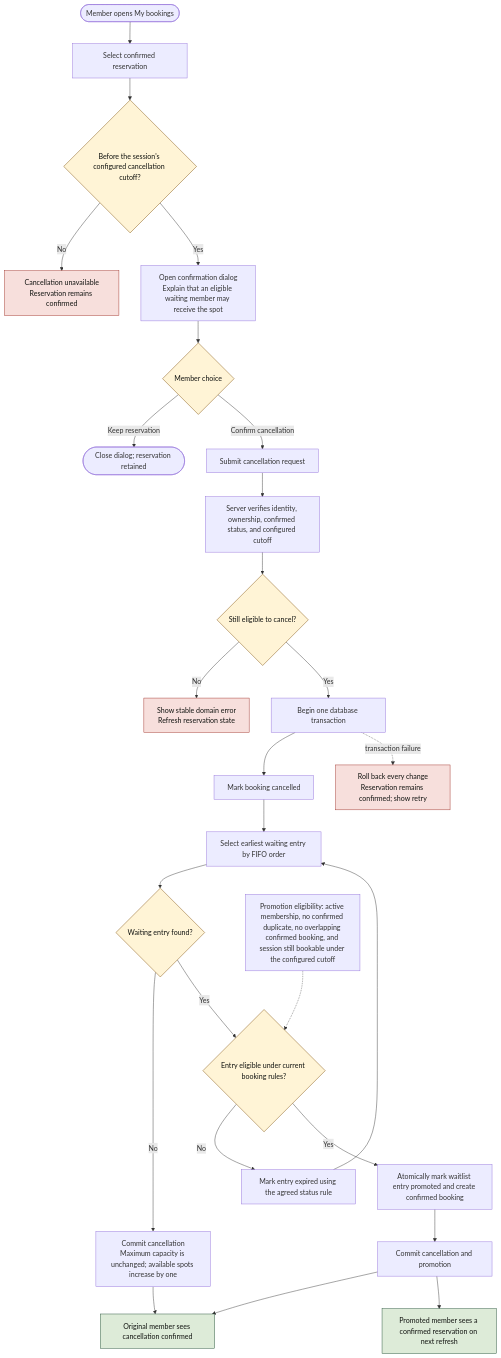
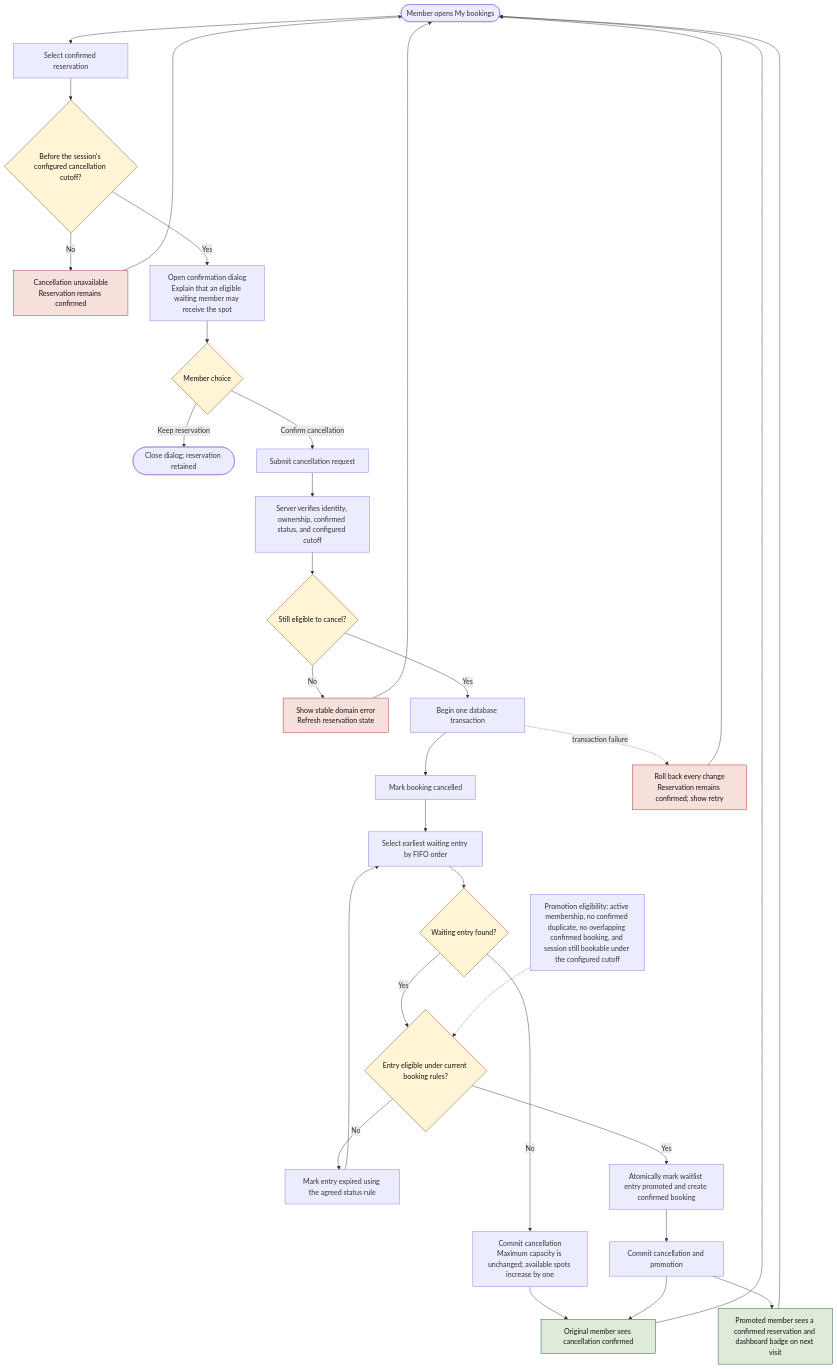
The diagram in docs/design/user-flow-cancellation.mmd (AqueosHeart/fitops), drawn with Mermaid before and after one commit. The commit also changed 35 other files, not shown here.

Commit message:
better diagraming and wireframe

```diff
--- a/docs/design/user-flow-cancellation.mmd
+++ b/docs/design/user-flow-cancellation.mmd
@@ -1,37 +1,37 @@
 flowchart TD
     classDef success fill:#DDEBD8,stroke:#1F4D32,color:#111310;
     classDef error fill:#F7DFDC,stroke:#9E2E25,color:#111310;
     classDef decision fill:#FFF4D6,stroke:#7A4B00,color:#111310;
 
     Start([Member opens My bookings]) --> Select[Select confirmed reservation]
     Select --> CutoffDisplay{Before the session's configured cancellation cutoff?}
-    CutoffDisplay -- No --> Locked["Cancellation unavailable<br/>Reservation remains confirmed"]:::error
+    CutoffDisplay -- No --> Locked["Cancellation unavailable<br/>Reservation remains confirmed"]:::error --> Start
     CutoffDisplay -- Yes --> Dialog["Open confirmation dialog<br/>Explain that an eligible waiting member may receive the spot"]
     Dialog --> Choice{Member choice}
     Choice -- Keep reservation --> Retain([Close dialog; reservation retained])
     Choice -- Confirm cancellation --> Submit[Submit cancellation request]
 
     Submit --> Validate["Server verifies identity, ownership, confirmed status, and configured cutoff"]
     Validate --> Valid{Still eligible to cancel?}
-    Valid -- No --> Rejected["Show stable domain error<br/>Refresh reservation state"]:::error
+    Valid -- No --> Rejected["Show stable domain error<br/>Refresh reservation state"]:::error --> Start
     Valid -- Yes --> Transaction[Begin one database transaction]
     Transaction --> CancelBooking[Mark booking cancelled]
     CancelBooking --> NextEntry[Select earliest waiting entry by FIFO order]
     NextEntry --> Queue{Waiting entry found?}
     Queue -- No --> CommitOpen["Commit cancellation<br/>Maximum capacity is unchanged; available spots increase by one"]
     Queue -- Yes --> Eligible{Entry eligible under current booking rules?}
     Eligible -- No --> ResolveIneligible[Mark entry expired using the agreed status rule]
     ResolveIneligible --> NextEntry
     Eligible -- Yes --> Promote["Atomically mark waitlist entry promoted and create confirmed booking"]
 
     Promote --> CommitPromotion[Commit cancellation and promotion]
-    CommitOpen --> CancelSuccess[Original member sees cancellation confirmed]:::success
+    CommitOpen --> CancelSuccess[Original member sees cancellation confirmed]:::success --> Start
     CommitPromotion --> CancelSuccess
-    CommitPromotion --> PromotedResult[Promoted member sees a confirmed reservation on next refresh]:::success
+    CommitPromotion --> PromotedResult[Promoted member sees a confirmed reservation and dashboard badge on next visit]:::success --> Start
 
-    Transaction -. transaction failure .-> Rollback["Roll back every change<br/>Reservation remains confirmed; show retry"]:::error
+    Transaction -. transaction failure .-> Rollback["Roll back every change<br/>Reservation remains confirmed; show retry"]:::error --> Start
 
     EligibilityNote["Promotion eligibility: active membership, no confirmed duplicate, no overlapping confirmed booking, and session still bookable under the configured cutoff"]
     EligibilityNote -.-> Eligible
 
     class CutoffDisplay,Choice,Valid,Queue,Eligible decision;
```
